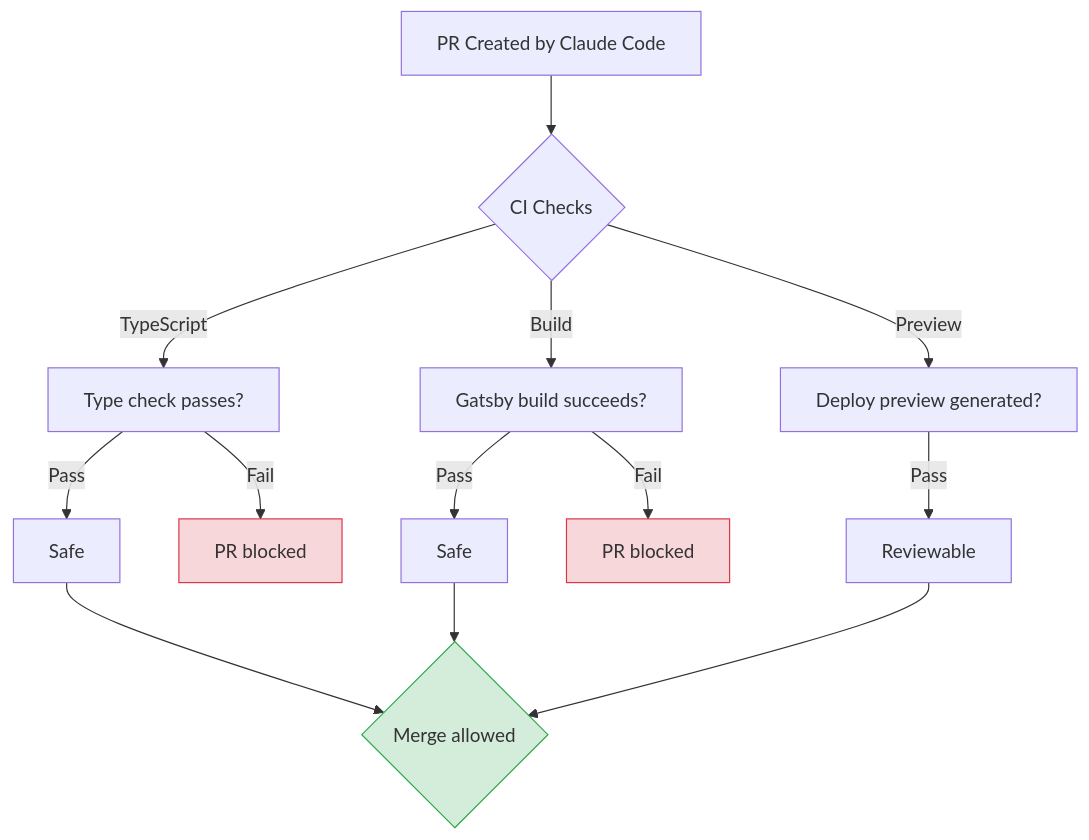
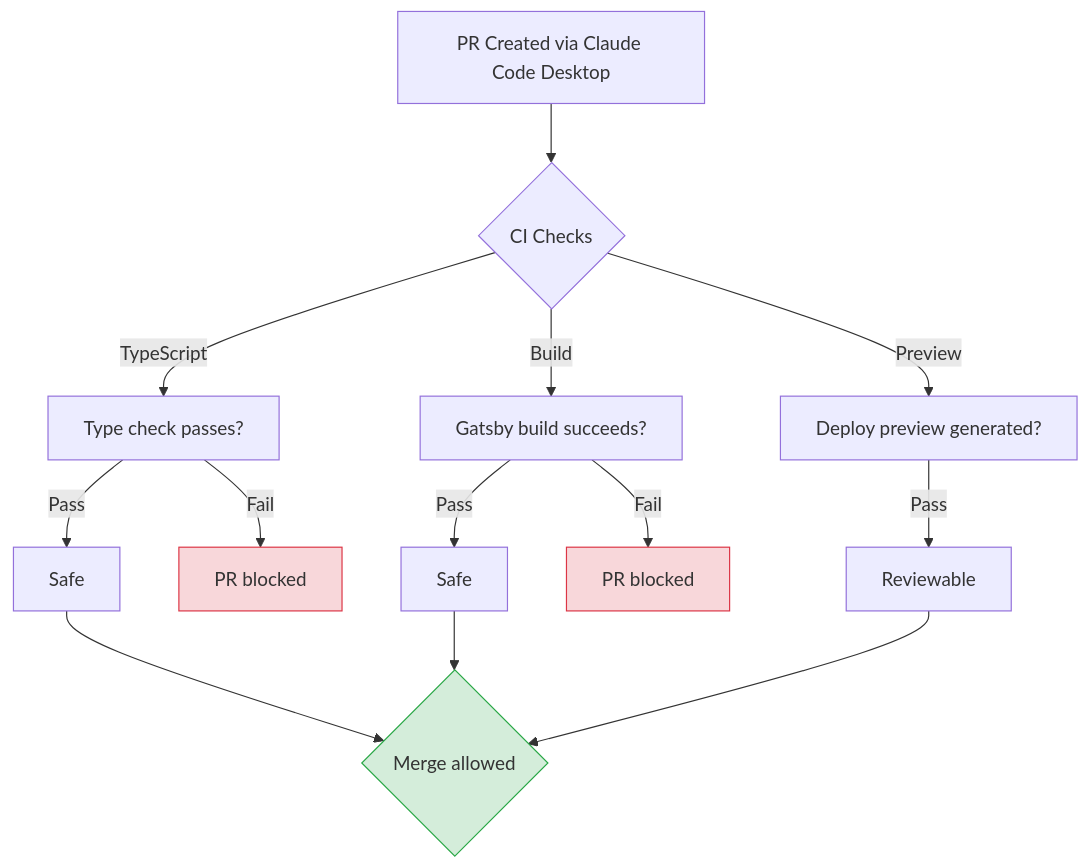
Before and after one commit to phil-inc/phil-us-contentful: the seventh of 13 diagrams in docs/proposal-remove-contentful.md, drawn with Mermaid. The commit also changed other lines of this file, not shown here.

First line of the commit message:
docs: consistently reference Claude Design + Claude Code Desktop together

````diff
--- a/docs/proposal-remove-contentful.md
+++ b/docs/proposal-remove-contentful.md
@@ -160,19 +165,19 @@
 ```mermaid
 flowchart TB
-    PR[PR Created by Claude Code] --> CI{CI Checks}
+    PR[PR Created via Claude Code Desktop] --> CI{CI Checks}
     CI -->|TypeScript| TS[Type check passes?]
     CI -->|Build| BLD[Gatsby build succeeds?]
     CI -->|Preview| PV[Deploy preview generated?]
 
     TS -->|Pass| OK1[Safe]
     TS -->|Fail| BLOCK1[PR blocked]
     BLD -->|Pass| OK2[Safe]
     BLD -->|Fail| BLOCK2[PR blocked]
     PV -->|Pass| OK3[Reviewable]
 
     OK1 & OK2 & OK3 --> MERGE{Merge allowed}
 
     style BLOCK1 fill:#f8d7da,stroke:#dc3545
     style BLOCK2 fill:#f8d7da,stroke:#dc3545
     style MERGE fill:#d4edda,stroke:#28a745
 ```
````
